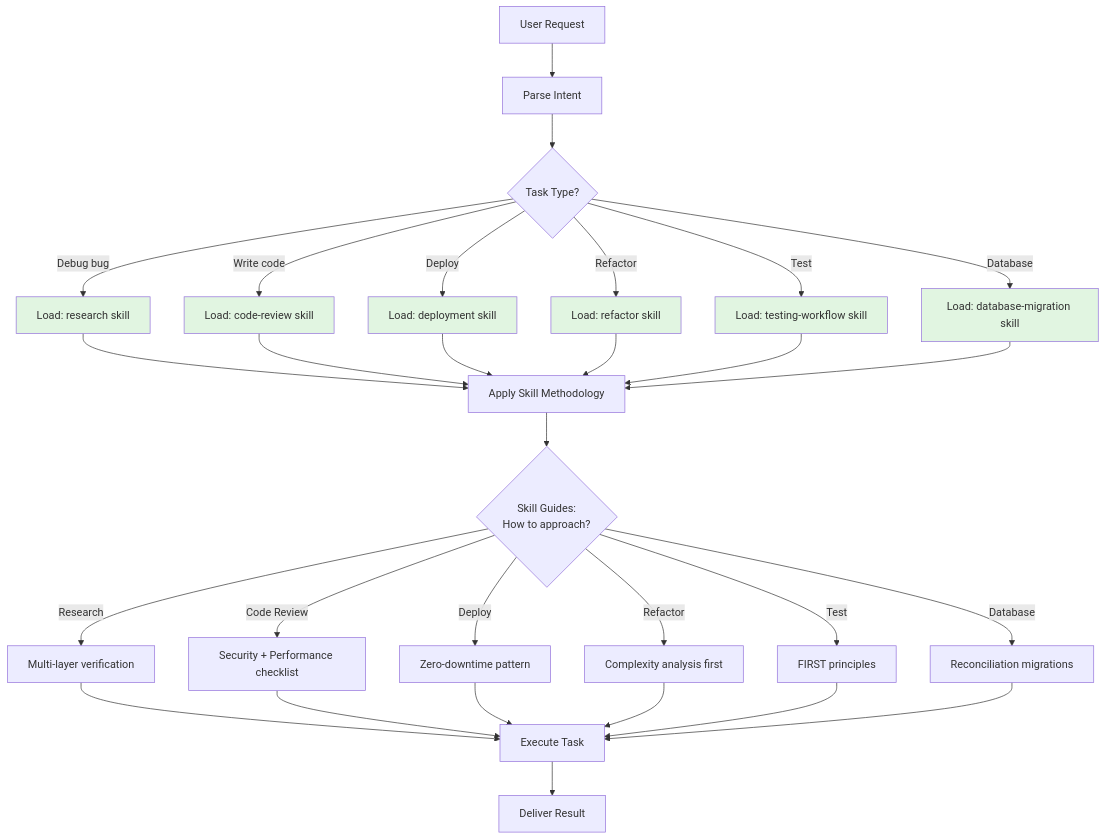
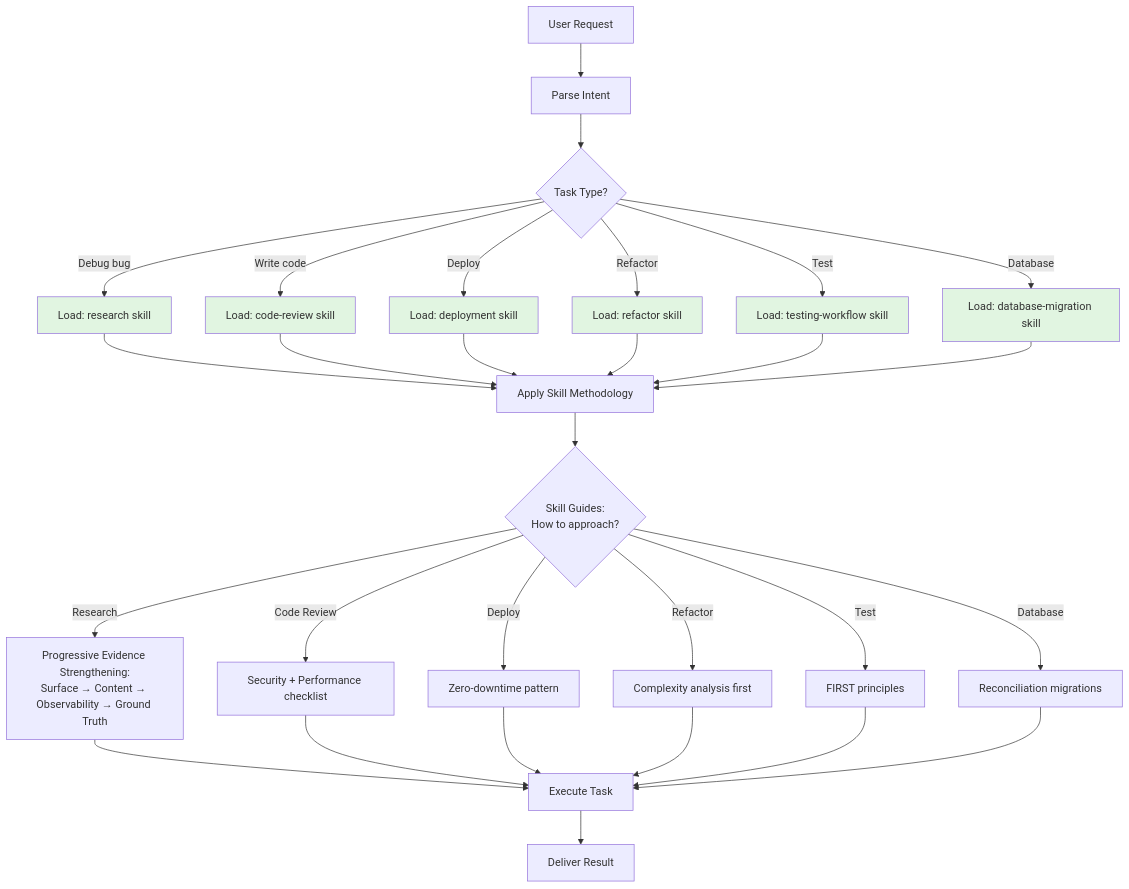
One commit to Awannaphasch2016/dr-daily-report changed the third of 10 diagrams in .claude/diagrams/thinking-process-architecture.md. Above: the diagram before and after it, drawn with Mermaid. The commit also changed other lines of this file and 87 other files, not shown here.

````diff
--- a/.claude/diagrams/thinking-process-architecture.md
+++ b/.claude/diagrams/thinking-process-architecture.md
@@ -119,45 +119,45 @@
 ```mermaid
 flowchart TD
     START[User Request] --> PARSE[Parse Intent]
 
     PARSE --> CHECK{Task Type?}
 
     CHECK -->|Debug bug| SKILL1[Load: research skill]
     CHECK -->|Write code| SKILL2[Load: code-review skill]
     CHECK -->|Deploy| SKILL3[Load: deployment skill]
     CHECK -->|Refactor| SKILL4[Load: refactor skill]
     CHECK -->|Test| SKILL5[Load: testing-workflow skill]
     CHECK -->|Database| SKILL6[Load: database-migration skill]
 
     SKILL1 --> APPLY[Apply Skill Methodology]
     SKILL2 --> APPLY
     SKILL3 --> APPLY
     SKILL4 --> APPLY
     SKILL5 --> APPLY
     SKILL6 --> APPLY
 
     APPLY --> GUIDE{Skill Guides:<br/>How to approach?}
 
-    GUIDE -->|Research| M1[Multi-layer verification]
+    GUIDE -->|Research| M1[Progressive Evidence Strengthening:<br/>Surface → Content → Observability → Ground Truth]
     GUIDE -->|Code Review| M2[Security + Performance checklist]
     GUIDE -->|Deploy| M3[Zero-downtime pattern]
     GUIDE -->|Refactor| M4[Complexity analysis first]
     GUIDE -->|Test| M5[FIRST principles]
     GUIDE -->|Database| M6[Reconciliation migrations]
 
     M1 --> EXECUTE[Execute Task]
     M2 --> EXECUTE
     M3 --> EXECUTE
     M4 --> EXECUTE
     M5 --> EXECUTE
     M6 --> EXECUTE
 
     EXECUTE --> OUTPUT[Deliver Result]
 
     style SKILL1 fill:#e1f5e1
     style SKILL2 fill:#e1f5e1
     style SKILL3 fill:#e1f5e1
     style SKILL4 fill:#e1f5e1
     style SKILL5 fill:#e1f5e1
     style SKILL6 fill:#e1f5e1
 ```
````
